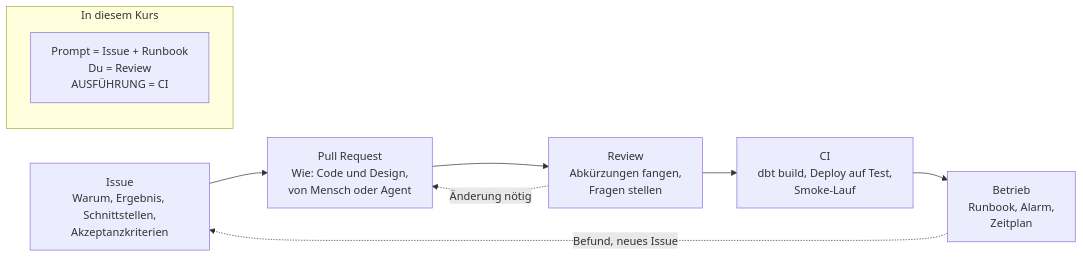
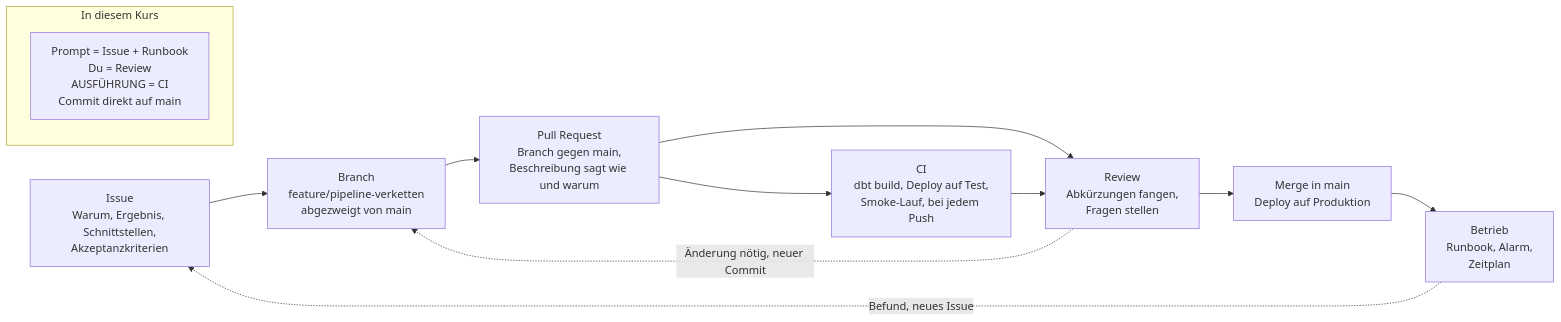
The diagram in docs/SPEC-IM-TEAM.md (vp-82/daeng-hs26-gcp), drawn with Mermaid before and after one commit. The commit also changed other lines of this file, not shown here.

First line of the commit message:
Spezifikation im Team: Branch, Merge und der Weg durch die Stationen

````diff
--- a/docs/SPEC-IM-TEAM.md
+++ b/docs/SPEC-IM-TEAM.md
@@ -10,14 +10,17 @@
 ```mermaid
 flowchart LR
   I["Issue<br/>Warum, Ergebnis, Schnittstellen,<br/>Akzeptanzkriterien"]
-  PR["Pull Request<br/>Wie: Code und Design,<br/>von Mensch oder Agent"]
+  B["Branch<br/>feature/pipeline-verketten<br/>abgezweigt von main"]
+  PR["Pull Request<br/>Branch gegen main,<br/>Beschreibung sagt wie und warum"]
   RV["Review<br/>Abkürzungen fangen,<br/>Fragen stellen"]
-  CI["CI<br/>dbt build, Deploy auf Test,<br/>Smoke-Lauf"]
+  CI["CI<br/>dbt build, Deploy auf Test,<br/>Smoke-Lauf, bei jedem Push"]
+  MG["Merge in main<br/>Deploy auf Produktion"]
   OP["Betrieb<br/>Runbook, Alarm,<br/>Zeitplan"]
-  I --> PR --> RV --> CI --> OP
-  RV -. Änderung nötig .-> PR
+  I --> B --> PR --> RV --> MG --> OP
+  PR --> CI --> RV
+  RV -. Änderung nötig, neuer Commit .-> B
   OP -. Befund, neues Issue .-> I
   subgraph K["In diesem Kurs"]
-    P["Prompt = Issue + Runbook<br/>Du = Review<br/>AUSFÜHRUNG = CI"]
+    P["Prompt = Issue + Runbook<br/>Du = Review<br/>AUSFÜHRUNG = CI<br/>Commit direkt auf main"]
   end
 ```
````
